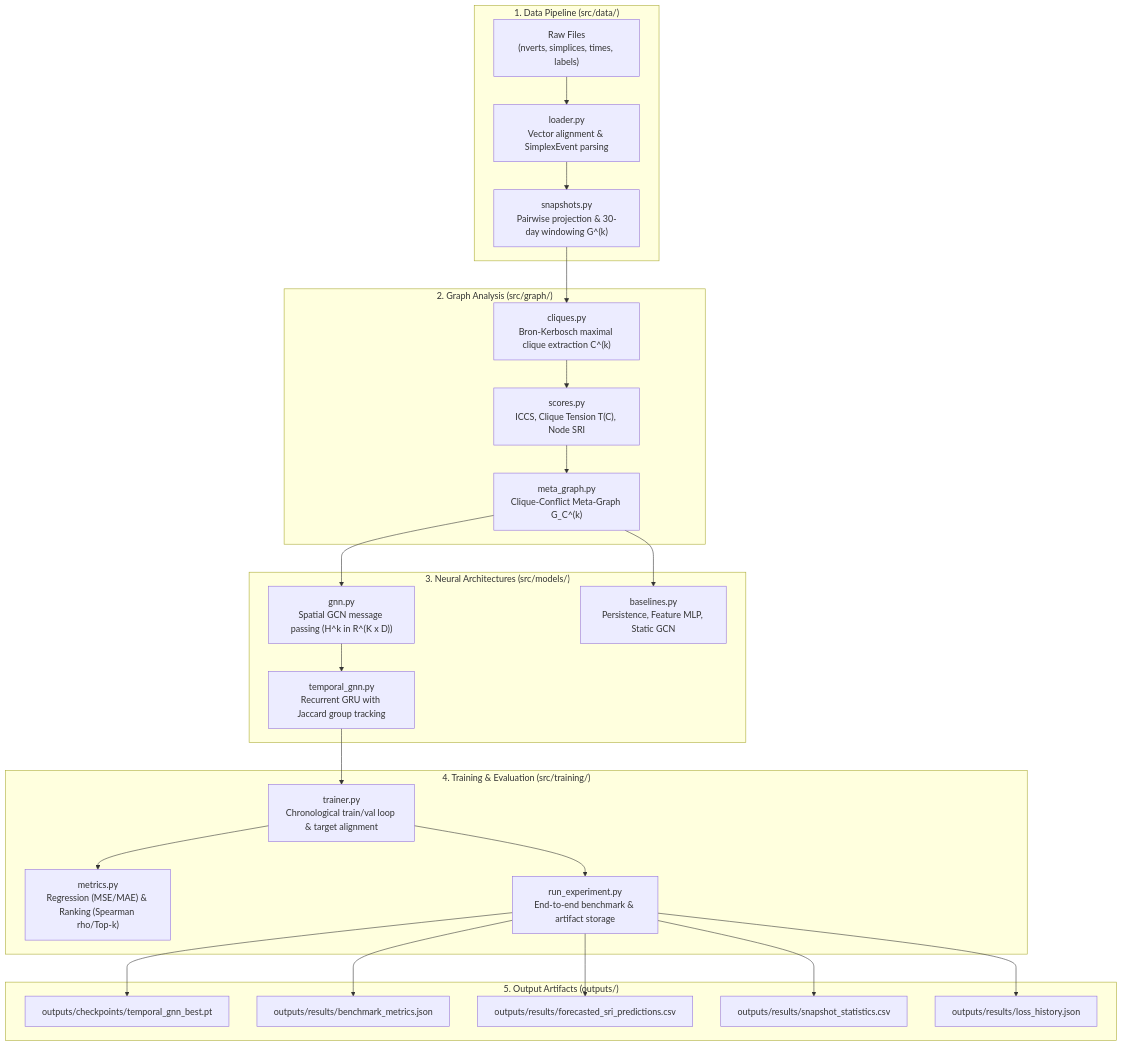
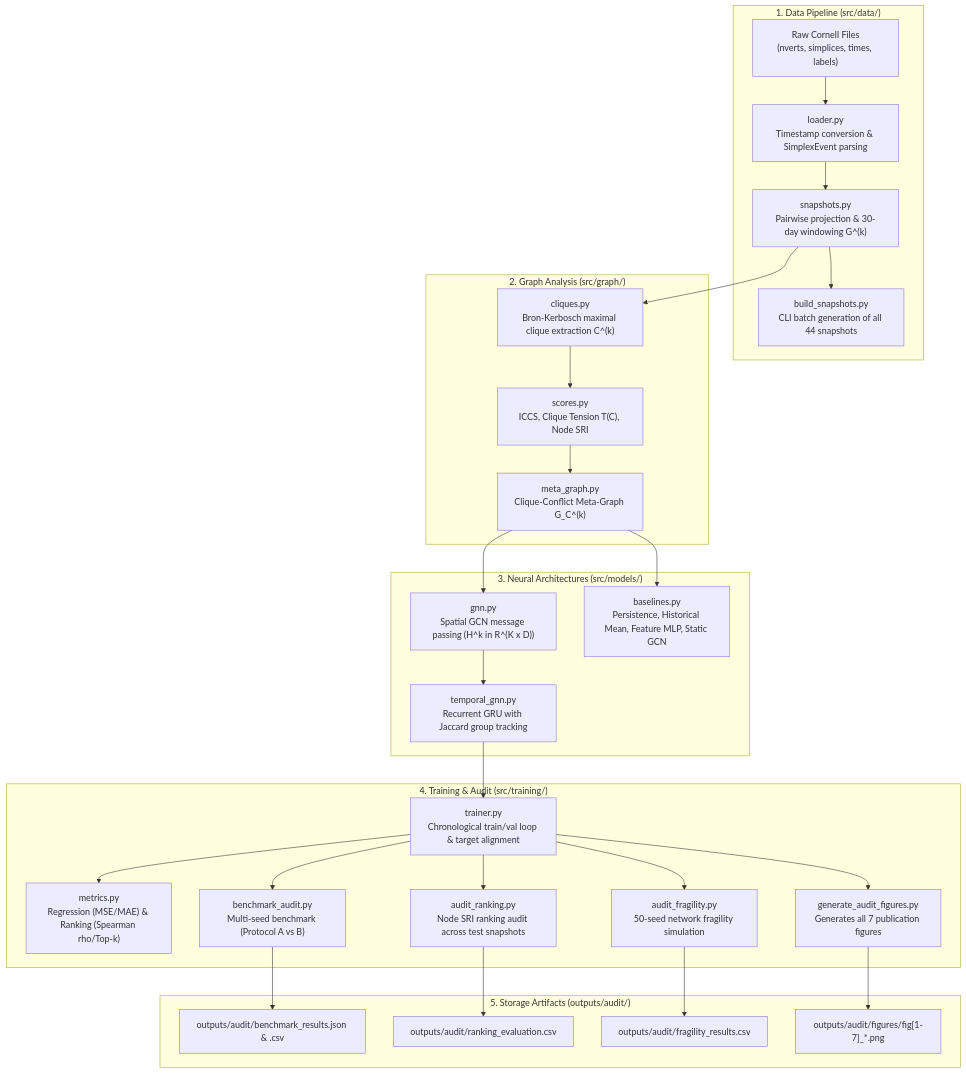
One commit to ArnavBallinCode/temporal-gnn-silo-prediction changed the diagram in src/README.md. Above: the diagram before and after it, drawn with Mermaid. The commit also changed other lines of this file and 46 other files, not shown here.

First line of the commit message:
Complete scientific audit, multi-seed benchmarks, and comprehensive methodology documentation

````diff
--- a/src/README.md
+++ b/src/README.md
@@ -9,33 +9,36 @@
 ```mermaid
 flowchart TD
     subgraph Data Pipeline ["1. Data Pipeline (src/data/)"]
-        R["Raw Files\n(nverts, simplices, times, labels)"] --> L["loader.py\nVector alignment & SimplexEvent parsing"]
+        R["Raw Cornell Files\n(nverts, simplices, times, labels)"] --> L["loader.py\nTimestamp conversion & SimplexEvent parsing"]
         L --> S["snapshots.py\nPairwise projection & 30-day windowing G^(k)"]
+        S --> BS["build_snapshots.py\nCLI batch generation of all 44 snapshots"]
     end
 
     subgraph Graph Pipeline ["2. Graph Analysis (src/graph/)"]
         S --> C["cliques.py\nBron-Kerbosch maximal clique extraction C^(k)"]
         C --> SC["scores.py\nICCS, Clique Tension T(C), Node SRI"]
         SC --> M["meta_graph.py\nClique-Conflict Meta-Graph G_C^(k)"]
     end
 
     subgraph Neural Pipeline ["3. Neural Architectures (src/models/)"]
         M --> G["gnn.py\nSpatial GCN message passing (H^k in R^(K x D))"]
         G --> TG["temporal_gnn.py\nRecurrent GRU with Jaccard group tracking"]
-        M --> B["baselines.py\nPersistence, Feature MLP, Static GCN"]
+        M --> B["baselines.py\nPersistence, Historical Mean, Feature MLP, Static GCN"]
     end
 
-    subgraph Training Pipeline ["4. Training & Evaluation (src/training/)"]
+    subgraph Training Pipeline ["4. Training & Audit (src/training/)"]
         TG --> TR["trainer.py\nChronological train/val loop & target alignment"]
         TR --> ME["metrics.py\nRegression (MSE/MAE) & Ranking (Spearman rho/Top-k)"]
-        TR --> EXP["run_experiment.py\nEnd-to-end benchmark & artifact storage"]
+        TR --> BA["benchmark_audit.py\nMulti-seed benchmark (Protocol A vs B)"]
+        TR --> AR["audit_ranking.py\nNode SRI ranking audit across test snapshots"]
+        TR --> AF["audit_fragility.py\n50-seed network fragility simulation"]
+        TR --> GF["generate_audit_figures.py\nGenerates all 7 publication figures"]
     end
 
-    subgraph Storage Pipeline ["5. Output Artifacts (outputs/)"]
-        EXP --> CP["outputs/checkpoints/temporal_gnn_best.pt"]
-        EXP --> BM["outputs/results/benchmark_metrics.json"]
-        EXP --> FP["outputs/results/forecasted_sri_predictions.csv"]
-        EXP --> SS["outputs/results/snapshot_statistics.csv"]
-        EXP --> LH["outputs/results/loss_history.json"]
+    subgraph Output Artifacts ["5. Storage Artifacts (outputs/audit/)"]
+        BA --> BR["outputs/audit/benchmark_results.json & .csv"]
+        AR --> RE["outputs/audit/ranking_evaluation.csv"]
+        AF --> FR["outputs/audit/fragility_results.csv"]
+        GF --> FG["outputs/audit/figures/fig[1-7]_*.png"]
     end
 ```
````
